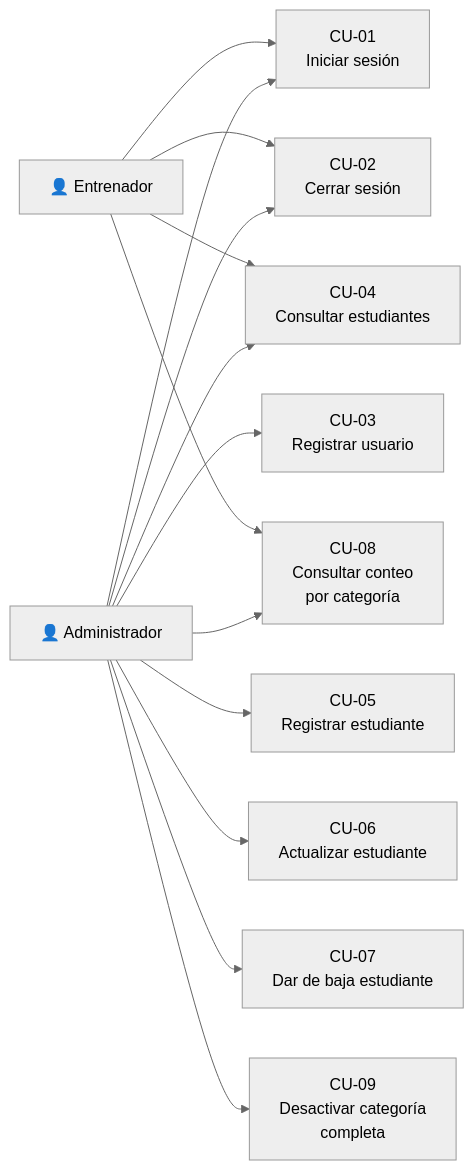
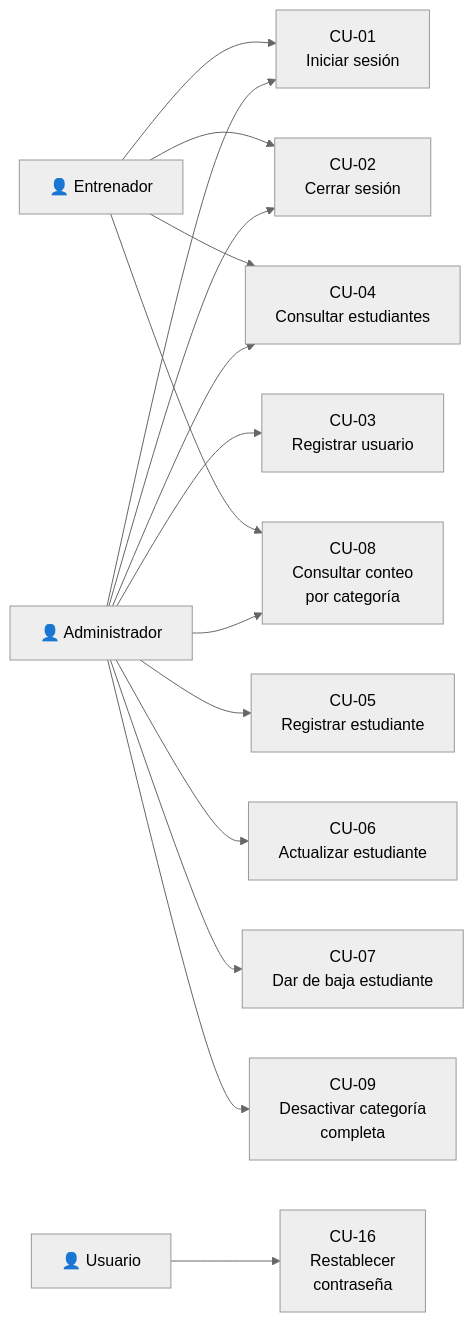
One commit to DarwinSM21/SGED_APPWEB changed the diagram in docs/requisitos/casos-uso.md. Above: the diagram before and after it, drawn with Mermaid (neutral theme). The commit also changed other lines of this file and 8 other files, not shown here.

````diff
--- a/docs/requisitos/casos-uso.md
+++ b/docs/requisitos/casos-uso.md
@@ -14,30 +14,34 @@
 ```mermaid
 graph LR
     ADMIN["👤 Administrador"]
     ENTR["👤 Entrenador"]
+    USR["👤 Usuario"]
 
     CU01["CU-01<br/>Iniciar sesión"]
+    CU16["CU-16<br/>Restablecer<br/>contraseña"]
     CU02["CU-02<br/>Cerrar sesión"]
     CU03["CU-03<br/>Registrar usuario"]
     CU04["CU-04<br/>Consultar estudiantes"]
     CU05["CU-05<br/>Registrar estudiante"]
     CU06["CU-06<br/>Actualizar estudiante"]
     CU07["CU-07<br/>Dar de baja estudiante"]
     CU08["CU-08<br/>Consultar conteo<br/>por categoría"]
     CU09["CU-09<br/>Desactivar categoría<br/>completa"]
 
     ADMIN --> CU01
     ADMIN --> CU02
     ADMIN --> CU03
     ADMIN --> CU04
     ADMIN --> CU05
     ADMIN --> CU06
     ADMIN --> CU07
     ADMIN --> CU08
     ADMIN --> CU09
 
     ENTR --> CU01
     ENTR --> CU02
     ENTR --> CU04
     ENTR --> CU08
+
+    USR --> CU16
 ```
````
